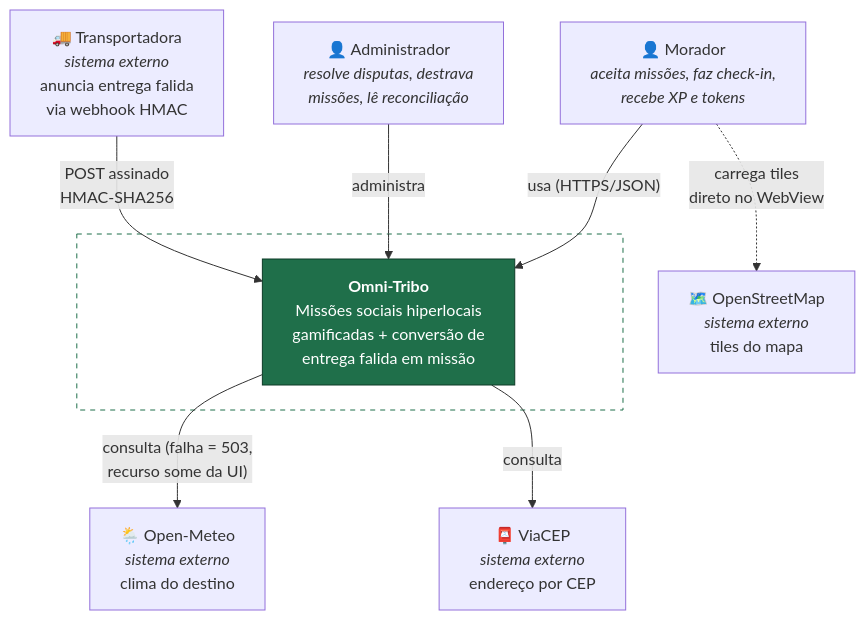
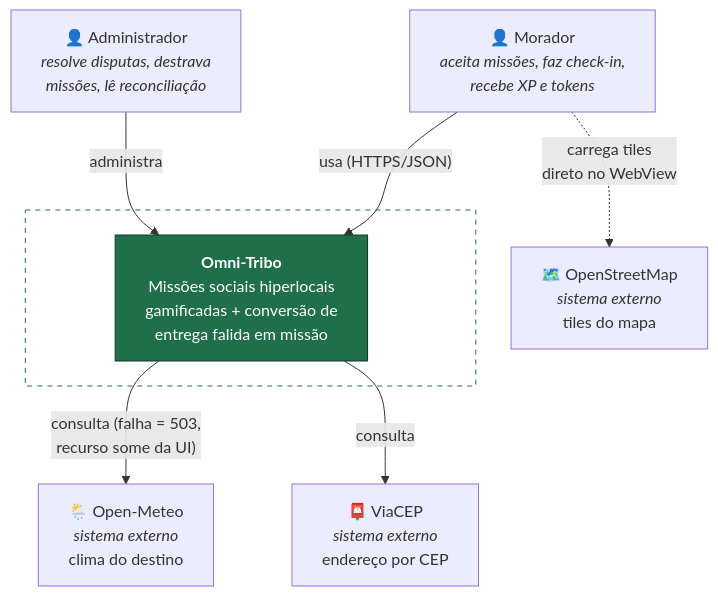
Before and after one commit to RenanFerreira02/Omni-Tribo-PBL: the first of 2 diagrams in docs/diagramas/c4-contexto-e-conteineres.md, drawn with Mermaid. The commit also changed other lines of this file and 760 other files, not shown here.

````diff
--- a/docs/diagramas/c4-contexto-e-conteineres.md
+++ b/docs/diagramas/c4-contexto-e-conteineres.md
@@ -14,24 +14,22 @@
 ```mermaid
 flowchart TB
     morador["👤 Morador<br/><i>aceita missões, faz check-in,<br/>recebe XP e tokens</i>"]
     admin["👤 Administrador<br/><i>resolve disputas, destrava<br/>missões, lê reconciliação</i>"]
 
     subgraph limite [" "]
         omni["<b>Omni-Tribo</b><br/>Missões sociais hiperlocais<br/>gamificadas + conversão de<br/>entrega falida em missão"]
     end
 
-    transportadora["🚚 Transportadora<br/><i>sistema externo</i><br/>anuncia entrega falida<br/>via webhook HMAC"]
     meteo["🌦️ Open-Meteo<br/><i>sistema externo</i><br/>clima do destino"]
     viacep["📮 ViaCEP<br/><i>sistema externo</i><br/>endereço por CEP"]
     osm["🗺️ OpenStreetMap<br/><i>sistema externo</i><br/>tiles do mapa"]
 
     morador -->|"usa (HTTPS/JSON)"| omni
     admin -->|"administra"| omni
-    transportadora -->|"POST assinado<br/>HMAC-SHA256"| omni
     omni -->|"consulta (falha = 503,<br/>recurso some da UI)"| meteo
     omni -->|"consulta"| viacep
     morador -.->|"carrega tiles<br/>direto no WebView"| osm
 
     style omni fill:#1f6f4a,stroke:#0d3b26,color:#fff
     style limite fill:none,stroke:#1f6f4a,stroke-dasharray: 5 5
 ```
````
